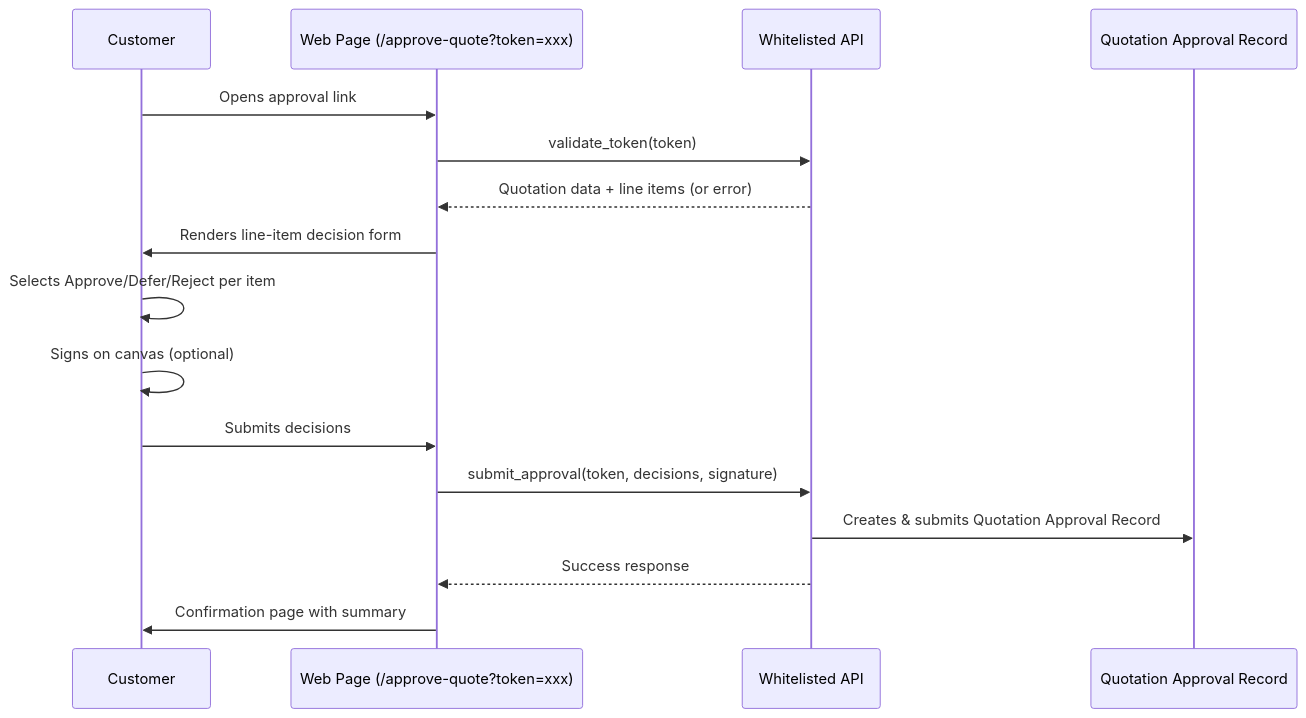
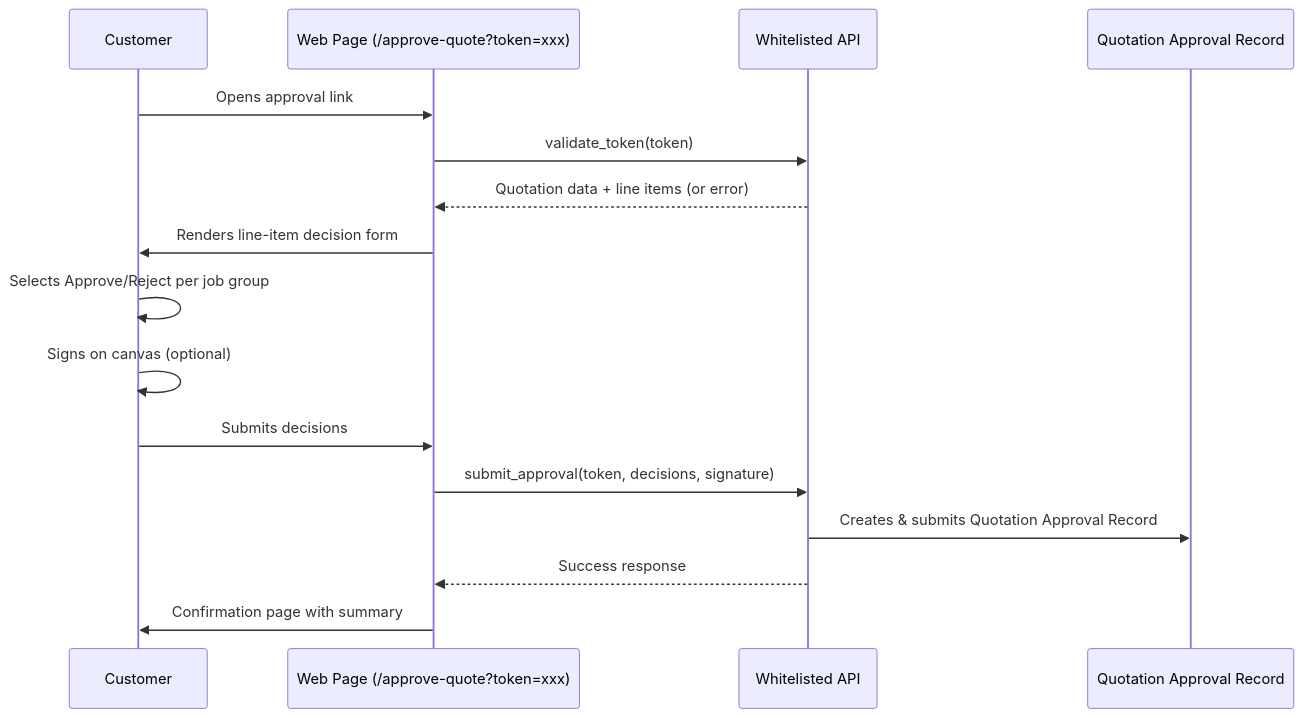
Before and after one commit to patricklai3/induct_shop: the fourth of 6 diagrams in docs/development/quotation-approval-system-spec.md, drawn with Mermaid. The commit also changed other lines of this file and 2 other files, not shown here.

````diff
--- a/docs/development/quotation-approval-system-spec.md
+++ b/docs/development/quotation-approval-system-spec.md
@@ -425,19 +425,19 @@
 ```mermaid
 sequenceDiagram
     participant C as Customer
     participant W as Web Page (/approve-quote?token=xxx)
     participant API as Whitelisted API
     participant DB as Quotation Approval Record
 
     C->>W: Opens approval link
     W->>API: validate_token(token)
     API-->>W: Quotation data + line items (or error)
     W->>C: Renders line-item decision form
-    C->>C: Selects Approve/Defer/Reject per item
+    C->>C: Selects Approve/Reject per job group
     C->>C: Signs on canvas (optional)
     C->>W: Submits decisions
     W->>API: submit_approval(token, decisions, signature)
     API->>DB: Creates & submits Quotation Approval Record
     API-->>W: Success response
     W->>C: Confirmation page with summary
 ```
````
